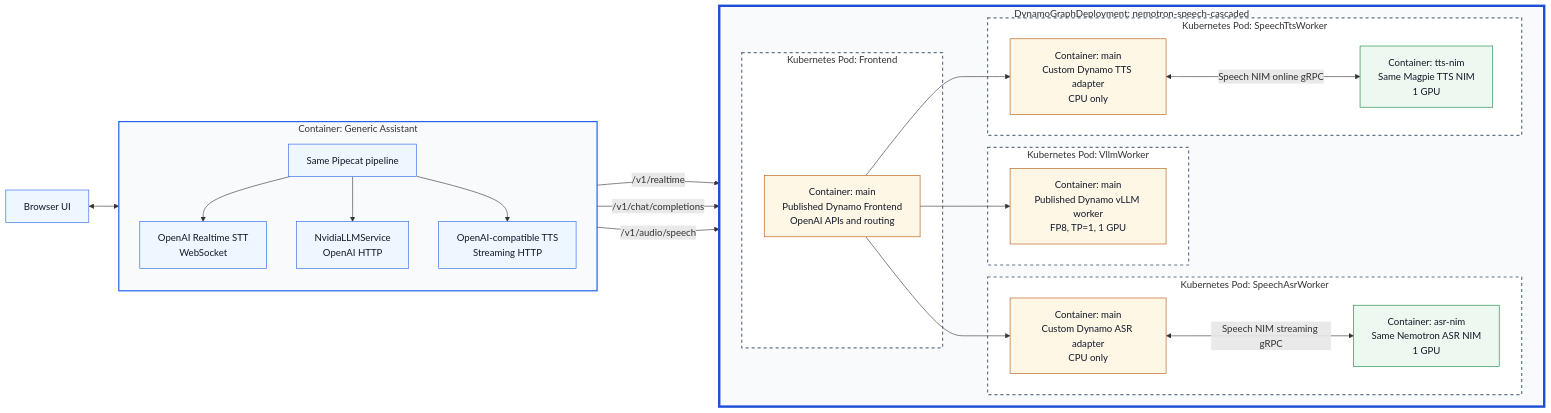
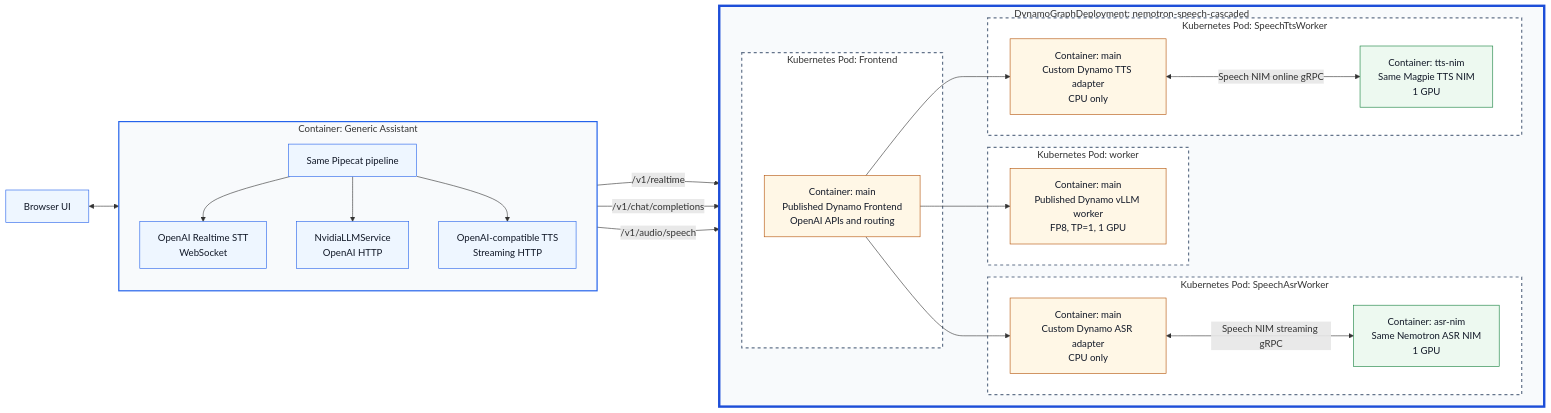
The diagram in examples/nemotron_speech_cascaded_pipeline/README.md (ai-dynamo/dynamo), drawn with Mermaid before and after one commit. The commit also changed 1 other file, not shown here.

Commit message:
fix(examples): use canonical vLLM worker component name

````diff
--- a/examples/nemotron_speech_cascaded_pipeline/README.md
+++ b/examples/nemotron_speech_cascaded_pipeline/README.md
@@ -30,64 +30,64 @@
 ```mermaid
 flowchart LR
     Browser["Browser UI"]
 
     subgraph PipecatContainer["Container: Generic Assistant"]
         direction TB
         Pipecat["Same Pipecat pipeline"]
         STTClient["OpenAI Realtime STT<br/>WebSocket"]
         LLMClient["NvidiaLLMService<br/>OpenAI HTTP"]
         TTSClient["OpenAI-compatible TTS<br/>Streaming HTTP"]
     end
 
     subgraph DGD["DynamoGraphDeployment: nemotron-speech-cascaded"]
         direction LR
 
         subgraph FrontendPod["Kubernetes Pod: Frontend"]
             Frontend["Container: main<br/>Published Dynamo Frontend<br/>OpenAI APIs and routing"]
         end
 
         subgraph ASRPod["Kubernetes Pod: SpeechAsrWorker"]
             ASRWorker["Container: main<br/>Custom Dynamo ASR adapter<br/>CPU only"]
             ASR["Container: asr-nim<br/>Same Nemotron ASR NIM<br/>1 GPU"]
         end
 
-        subgraph LLMPod["Kubernetes Pod: VllmWorker"]
+        subgraph LLMPod["Kubernetes Pod: worker"]
             LLMWorker["Container: main<br/>Published Dynamo vLLM worker<br/>FP8, TP=1, 1 GPU"]
         end
 
         subgraph TTSPod["Kubernetes Pod: SpeechTtsWorker"]
             TTSWorker["Container: main<br/>Custom Dynamo TTS adapter<br/>CPU only"]
             TTS["Container: tts-nim<br/>Same Magpie TTS NIM<br/>1 GPU"]
         end
     end
 
     Browser <--> Pipecat
 
     Pipecat --> STTClient
     STTClient -->|"/v1/realtime"| Frontend
     Frontend --> ASRWorker
     ASRWorker <-->|"Speech NIM streaming gRPC"| ASR
 
     Pipecat --> LLMClient
     LLMClient -->|"/v1/chat/completions"| Frontend
     Frontend --> LLMWorker
 
     Pipecat --> TTSClient
     TTSClient -->|"/v1/audio/speech"| Frontend
     Frontend --> TTSWorker
     TTSWorker <-->|"Speech NIM online gRPC"| TTS
 
     classDef client fill:#eef6ff,stroke:#2563eb,color:#111827
     classDef dynamo fill:#fff7e6,stroke:#b45309,color:#111827
     classDef nim fill:#edf9f0,stroke:#15803d,color:#111827
     class Browser,Pipecat,STTClient,LLMClient,TTSClient client
     class Frontend,ASRWorker,LLMWorker,TTSWorker dynamo
     class ASR,TTS nim
 
     style PipecatContainer fill:#f8fafc,stroke:#2563eb,stroke-width:2px
     style DGD fill:#f8fafc,stroke:#1d4ed8,stroke-width:4px
     style FrontendPod fill:#ffffff,stroke:#64748b,stroke-width:2px,stroke-dasharray:5 5
     style ASRPod fill:#ffffff,stroke:#64748b,stroke-width:2px,stroke-dasharray:5 5
     style LLMPod fill:#ffffff,stroke:#64748b,stroke-width:2px,stroke-dasharray:5 5
     style TTSPod fill:#ffffff,stroke:#64748b,stroke-width:2px,stroke-dasharray:5 5
 ```
````
